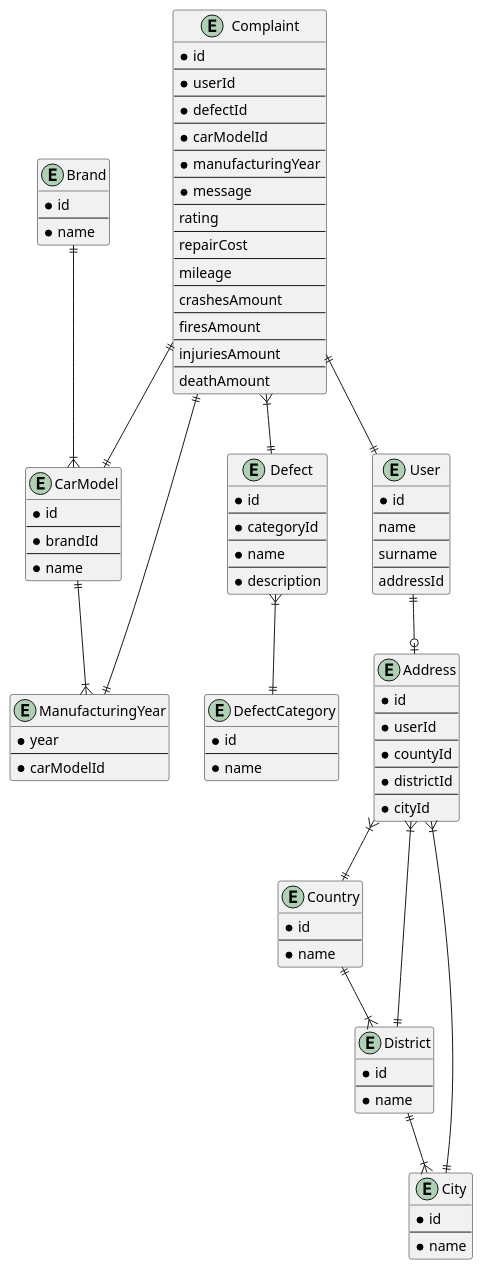
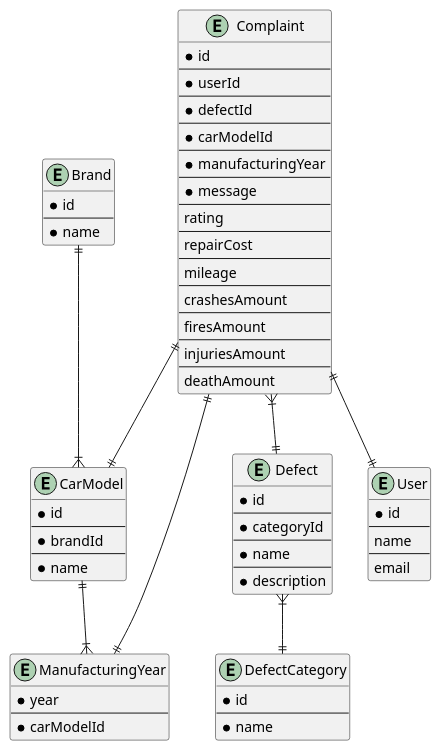
One commit to artem-ibragimov/go changed the diagram in CarComplaintsDB.puml. Above: the diagram before and after it, drawn with PlantUML. The commit also changed 10 other files, not shown here.

```diff
--- a/CarComplaintsDB.puml
+++ b/CarComplaintsDB.puml
@@ -1,126 +1,87 @@
 @startuml
 'https://plantuml.com/class-diagram
 
 entity Brand {
     * id
     --
     * name
 }
 
 entity CarModel {
     * id
     --
     * brandId
     --
     * name
 }
 
 entity ManufacturingYear {
     * year
     --
     * carModelId
 }
 
 entity DefectCategory {
     * id
     --
     * name
 }
 
 entity Defect {
     * id
     --
     * categoryId
     --
     * name
     --
     * description
 }
 
 entity Complaint {
     * id
     --
     * userId
     --
     * defectId
     --
     * carModelId
     --
     * manufacturingYear
     --
     * message
     --
     rating
     --
     repairCost
     --
     mileage
     --
     crashesAmount
     --
     firesAmount
     --
     injuriesAmount
     --
     deathAmount
 }
 
 entity User {
     * id
     --
     name
     --
-    surname
-    --
-    addressId
+    email
 }
 
-entity Address {
-    * id
-    --
-    * userId
-    --
-    * countyId
-    --
-    * districtId
-    --
-    * cityId
-}
-
-entity Country {
-    * id
-    --
-    * name
-}
-
-entity District {
-    * id
-    --
-    * name
-}
-
-entity City {
-    * id
-    --
-    * name
-}
 
 Brand ||--|{ CarModel
 CarModel ||--|{ ManufacturingYear
 
 Defect }|--|| DefectCategory
 
 Complaint }|--|| Defect
 Complaint ||--|| CarModel
 Complaint ||--|| ManufacturingYear
 Complaint ||--|| User
 
-User ||--o| Address
-
-Address }|--|| Country
-Address }|--|| District
-Address }|--|| City
-Country ||--|{ District
-District ||--|{ City
-
 @enduml
```
